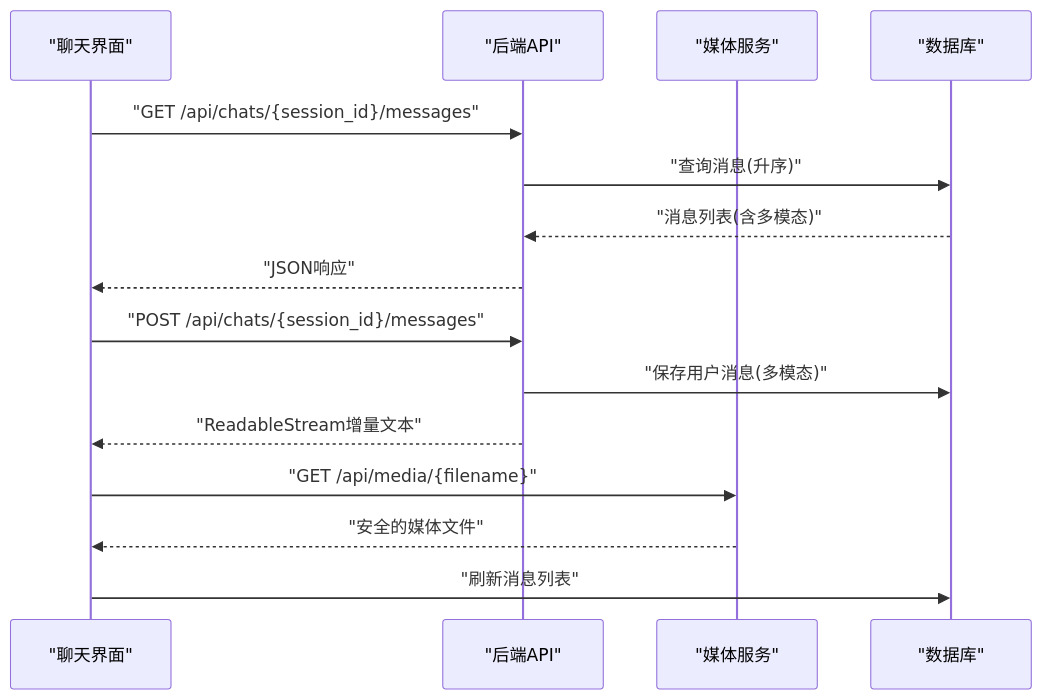
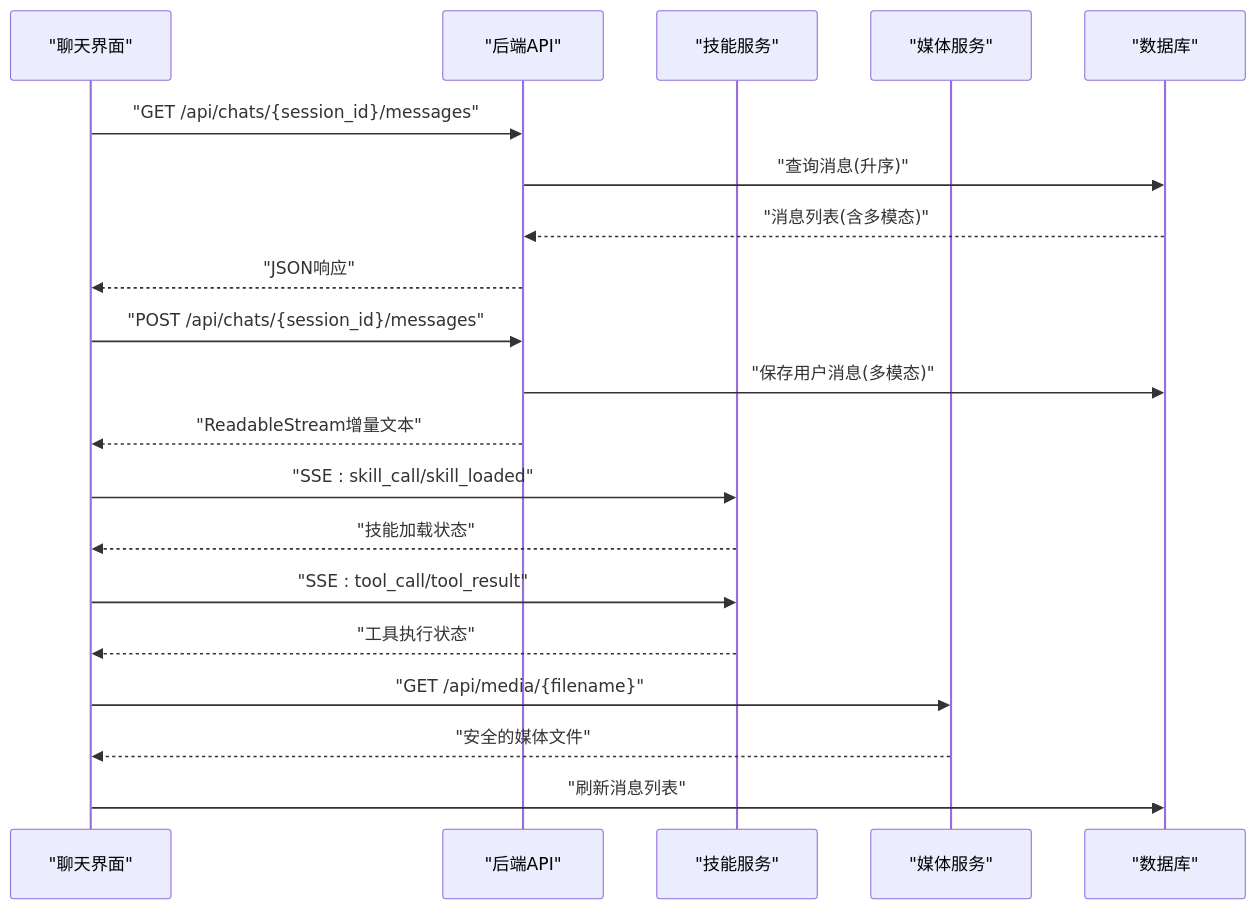
One commit to KunLabAI/KunFlix changed the eighth of 10 diagrams in .qoder/repowiki/zh/content/后端开发指南/API路由系统/聊天交互API.md. Above: the diagram before and after it, drawn with Mermaid. The commit also changed other lines of this file and 11 other files, not shown here.

````diff
--- a/.qoder/repowiki/zh/content/后端开发指南/API路由系统/聊天交互API.md
+++ b/.qoder/repowiki/zh/content/后端开发指南/API路由系统/聊天交互API.md
@@ -328,17 +445,22 @@
 ```mermaid
 sequenceDiagram
 participant UI as "聊天界面"
 participant API as "后端API"
+participant Skills as "技能服务"
 participant Media as "媒体服务"
 participant DB as "数据库"
 UI->>API : "GET /api/chats/{session_id}/messages"
 API->>DB : "查询消息(升序)"
 DB-->>API : "消息列表(含多模态)"
 API-->>UI : "JSON响应"
 UI->>API : "POST /api/chats/{session_id}/messages"
 API->>DB : "保存用户消息(多模态)"
 API-->>UI : "ReadableStream增量文本"
+UI->>Skills : "SSE : skill_call/skill_loaded"
+Skills-->>UI : "技能加载状态"
+UI->>Skills : "SSE : tool_call/tool_result"
+Skills-->>UI : "工具执行状态"
 UI->>Media : "GET /api/media/{filename}"
 Media-->>UI : "安全的媒体文件"
 UI->>DB : "刷新消息列表"
 ```
````
